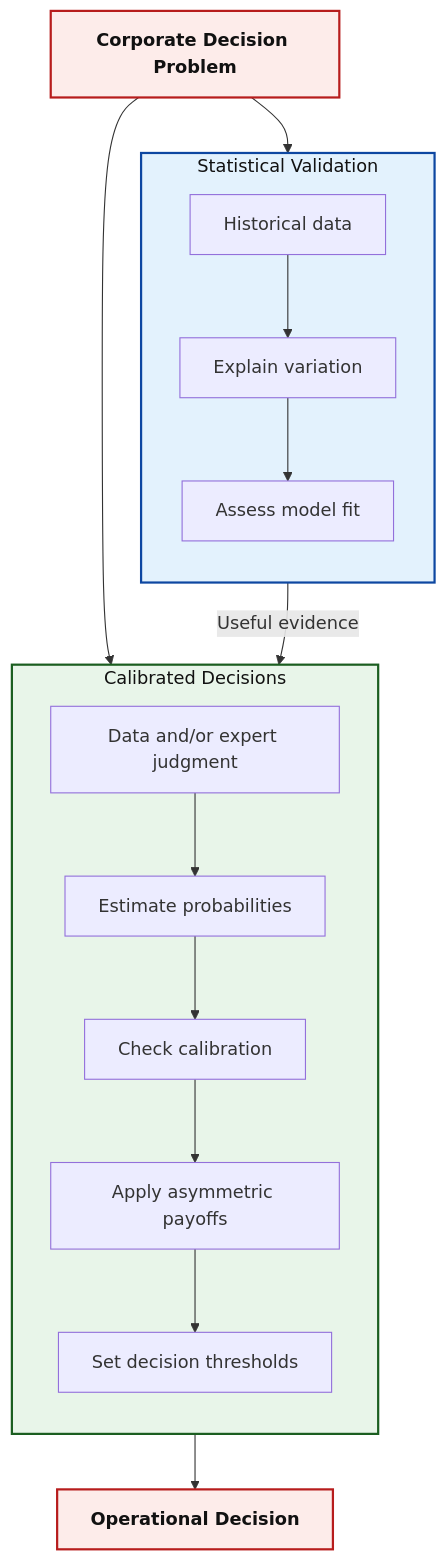
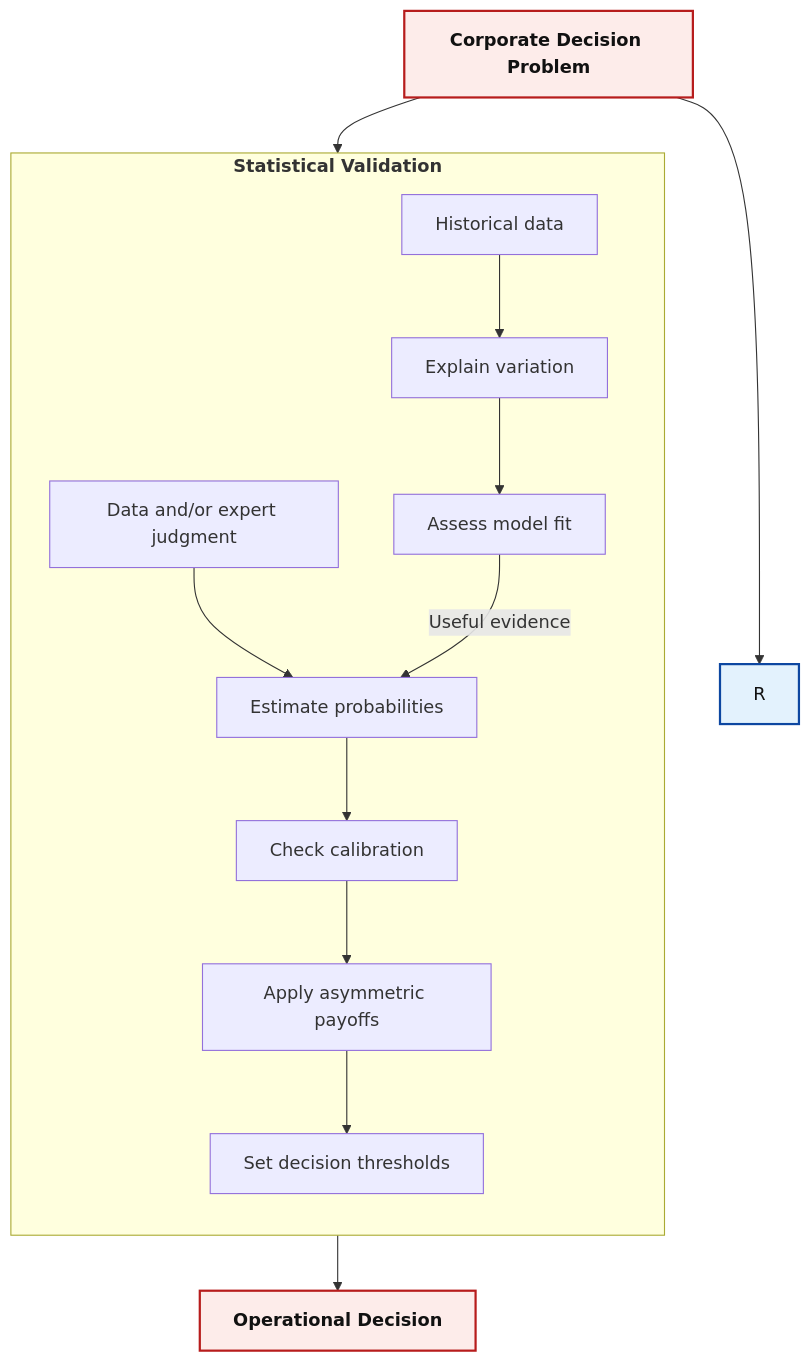
Before and after one commit to Tellusant/docs: the diagram in work-notes/calibrated-decisions-revised.md, drawn with Mermaid. The commit also changed other lines of this file, not shown here.

Commit message:
Update headings in calibrated-decisions-revised.md

```diff
--- a/work-notes/calibrated-decisions-revised.md
+++ b/work-notes/calibrated-decisions-revised.md
@@ -32,38 +32,38 @@
 <div class="mermaid">
 %%{init: {'themeVariables': { 'fontFamily': 'Arial'}}}%%
 flowchart TD
 
     A["`**Corporate Decision Problem**`"]:::red
 
-    subgraph R["Statistical Validation"]
+    subgraph C["`**Statistical Validation**`"]
         direction TB
         R1["Historical data"]
         R2["Explain variation"]
         R3["Assess model fit"]
     end
 
-    subgraph C["Calibrated Decisions"]
+    subgraph C["`**Calibrated Decisions**`"]
         direction TB
         C1["Data and/or expert judgment"]
         C2["Estimate probabilities"]
         C3["Check calibration"]
         C4["Apply asymmetric payoffs"]
         C5["Set decision thresholds"]
     end
 
     A --> R
     A --> C
 
     R1 --> R2 --> R3
     C1 --> C2 --> C3 --> C4 --> C5
 
     R3 -->|"Useful evidence"| C2
     C5 --> D["`**Operational Decision**`"]:::red
 
     %% ========= SUBGRAPH STYLES =========
     style R fill:#E3F2FD,stroke:#0D47A1,stroke-width:2px,color:#111
     style C fill:#E8F5E9,stroke:#1B5E20,stroke-width:2px,color:#111
 
     %% ========= NODE STYLES =========
     classDef red fill:#FDECEA,stroke:#B71C1C,stroke-width:2px,color:#111;
 </div>
```
